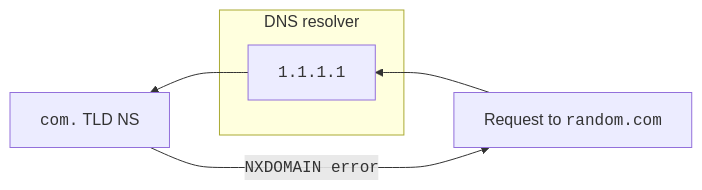
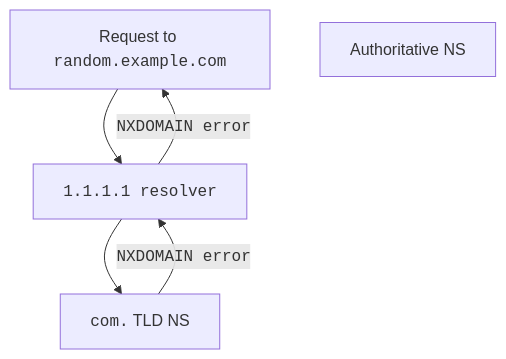
One commit to cloudflare/cloudflare-docs changed the first of 2 diagrams in content/dns/dns-firewall/random-prefix-attacks/about.md. Above: the diagram before and after it, drawn with Mermaid. The commit also changed other lines of this file and 1 other file, not shown here.

Commit message:
Updated diagrams and wording for about

```diff
--- a/content/dns/dns-firewall/random-prefix-attacks/about.md
+++ b/content/dns/dns-firewall/random-prefix-attacks/about.md
@@ -20,10 +20,9 @@
 <div class="mermaid">
-    flowchart RL
+    flowchart TD
       accTitle: Random prefix attacks diagram
-      A[Request to <code>random.com</code>] --> B[<code>1.1.1.1</code>]
+      A[Request to <code>random.example.com</code>] --> B[<code>1.1.1.1 resolver</code>]
       B --> C[<code>com.</code> TLD NS]
-      C --<code>NXDOMAIN error</code>--> A
-      subgraph DNS resolver
-        B
-      end
+      C --<code>NXDOMAIN error</code>--> B
+      B --<code>NXDOMAIN error</code>--> A
+      D[Authoritative NS]
 </div>
```
